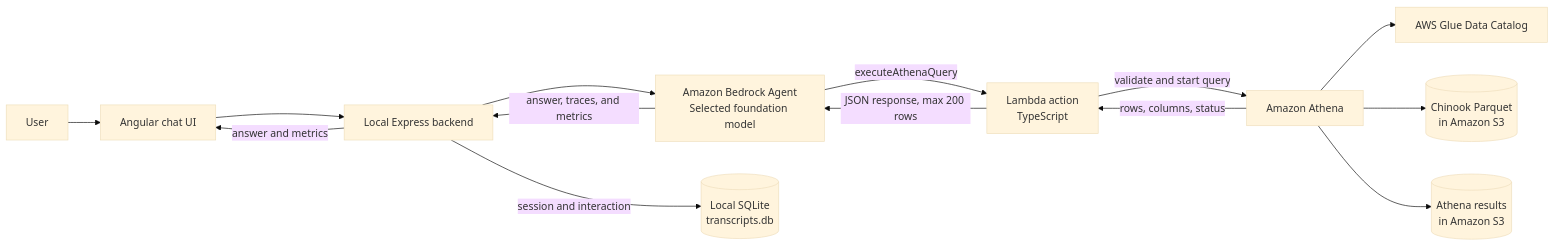
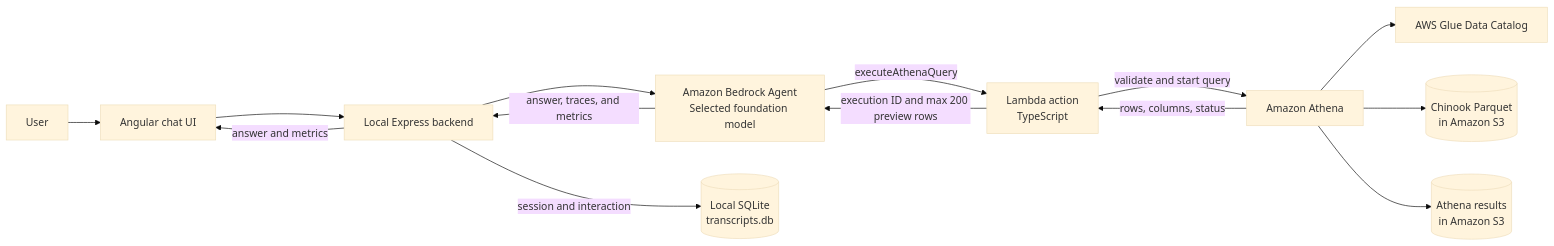
The diagram in docs/architecture.md (MateuszKikmunter/msc-research), drawn with Mermaid (base theme) before and after one commit. The commit also changed other lines of this file and 8 other files, not shown here.

````diff
--- a/docs/architecture.md
+++ b/docs/architecture.md
@@ -11,16 +11,16 @@
 ```mermaid
 flowchart LR
     U[User] --> UI[Angular chat UI]
     UI --> B[Local Express backend]
     B --> A[Amazon Bedrock Agent\nSelected foundation model]
     A -->|executeAthenaQuery| L[Lambda action\nTypeScript]
     L -->|validate and start query| Q[Amazon Athena]
     Q --> G[AWS Glue Data Catalog]
     Q --> D[(Chinook Parquet\nin Amazon S3)]
     Q --> R[(Athena results\nin Amazon S3)]
     Q -->|rows, columns, status| L
-    L -->|JSON response, max 200 rows| A
+    L -->|execution ID and max 200 preview rows| A
     A -->|answer, traces, and metrics| B
     B -->|session and interaction| T[(Local SQLite\ntranscripts.db)]
     B -->|answer and metrics| UI
 ```
````
